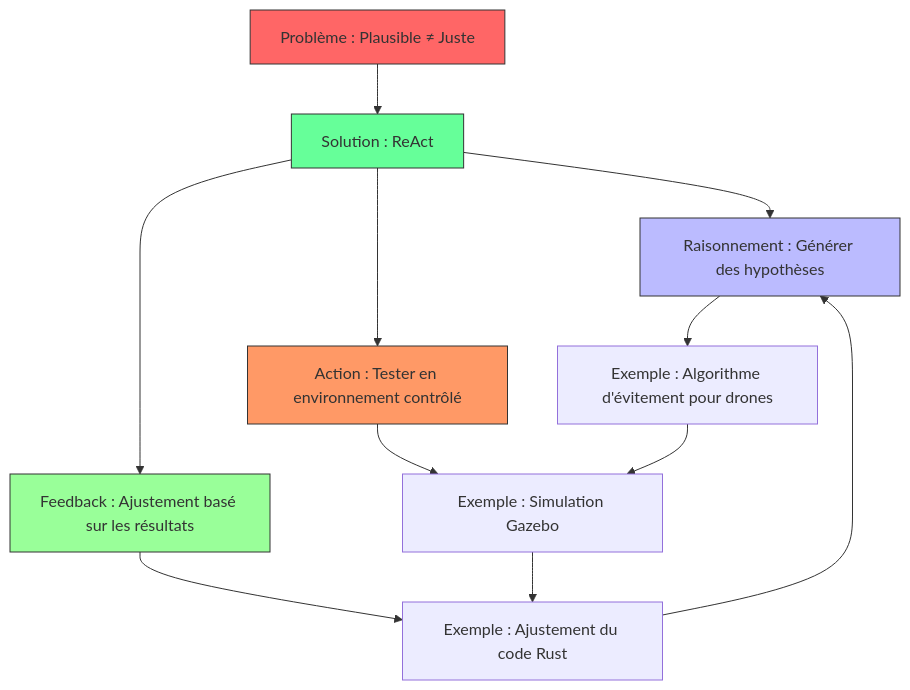
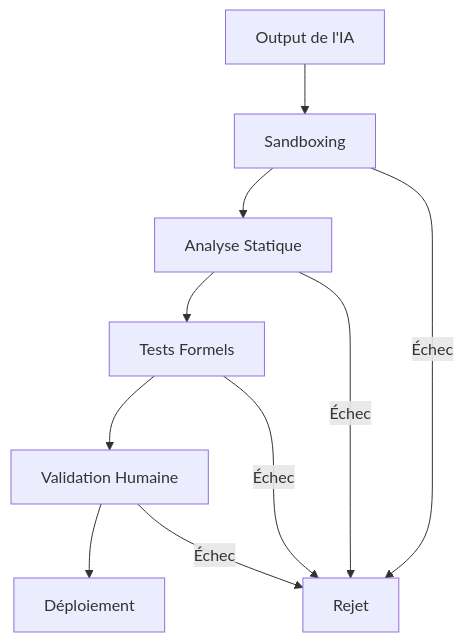
One commit to xwarzee/uav_in_rust changed the fourth of 4 diagrams in doc/Agentic_Approach.md. Above: the diagram before and after it, drawn with Mermaid. The commit also changed other lines of this file, not shown here.

````diff
--- a/doc/Agentic_Approach.md
+++ b/doc/Agentic_Approach.md
@@ -364,20 +143,14 @@
 ```mermaid
-%% Diagramme : Solution ReAct pour transformer le plausible en juste
+%% Diagramme : Garde-fous pour ReAct
 flowchart TD
-    A[Problème : Plausible ≠ Juste] --> B[Solution : ReAct]
-    B --> C[Raisonnement : Générer des hypothèses]
-    B --> D[Action : Tester en environnement contrôlé]
-    B --> E[Feedback : Ajustement basé sur les résultats]
-    C --> F[Exemple : Algorithme d'évitement pour drones]
-    D --> G[Exemple : Simulation Gazebo]
-    E --> H[Exemple : Ajustement du code Rust]
-    F --> G
-    G --> H
-    H --> C
+    A[Output de l'IA] --> B[Sandboxing]
+    B --> C[Analyse Statique]
+    C --> D[Tests Formels]
+    D --> E[Validation Humaine]
+    E --> F[Déploiement]
     
-    style A fill:#f66,stroke:#333
-    style B fill:#6f9,stroke:#333
-    style C fill:#bbf,stroke:#333
-    style D fill:#f96,stroke:#333
-    style E fill:#9f9,stroke:#333
+    B -->|Échec| G[Rejet]
+    C -->|Échec| G
+    D -->|Échec| G
+    E -->|Échec| G
 ```
````
